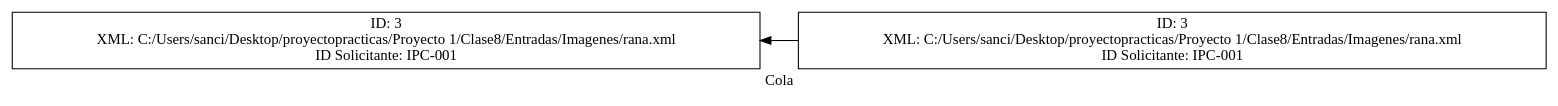
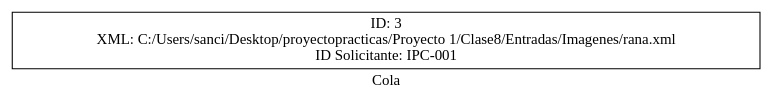
Before and after one commit to C-arl-os/-IPC2_ProyectoVD2024_-202201131: the diagram in Proyecto 1/Clase8/reportesdot/cola.dot, drawn with Graphviz. The commit also changed 16 other files, not shown here.

```diff
--- a/Proyecto 1/Clase8/reportesdot/cola.dot
+++ b/Proyecto 1/Clase8/reportesdot/cola.dot
@@ -1,8 +1,6 @@
 digraph G {
     rankdir="RL";
     label="Cola";
     node[shape=box];
     nodo0[label="ID: 3\nXML: C:/Users/sanci/Desktop/proyectopracticas/Proyecto 1/Clase8/Entradas/Imagenes/rana.xml\nID Solicitante: IPC-001"];
-nodo1[label="ID: 3\nXML: C:/Users/sanci/Desktop/proyectopracticas/Proyecto 1/Clase8/Entradas/Imagenes/rana.xml\nID Solicitante: IPC-001"];
-nodo0 -> nodo1;
 }
```
